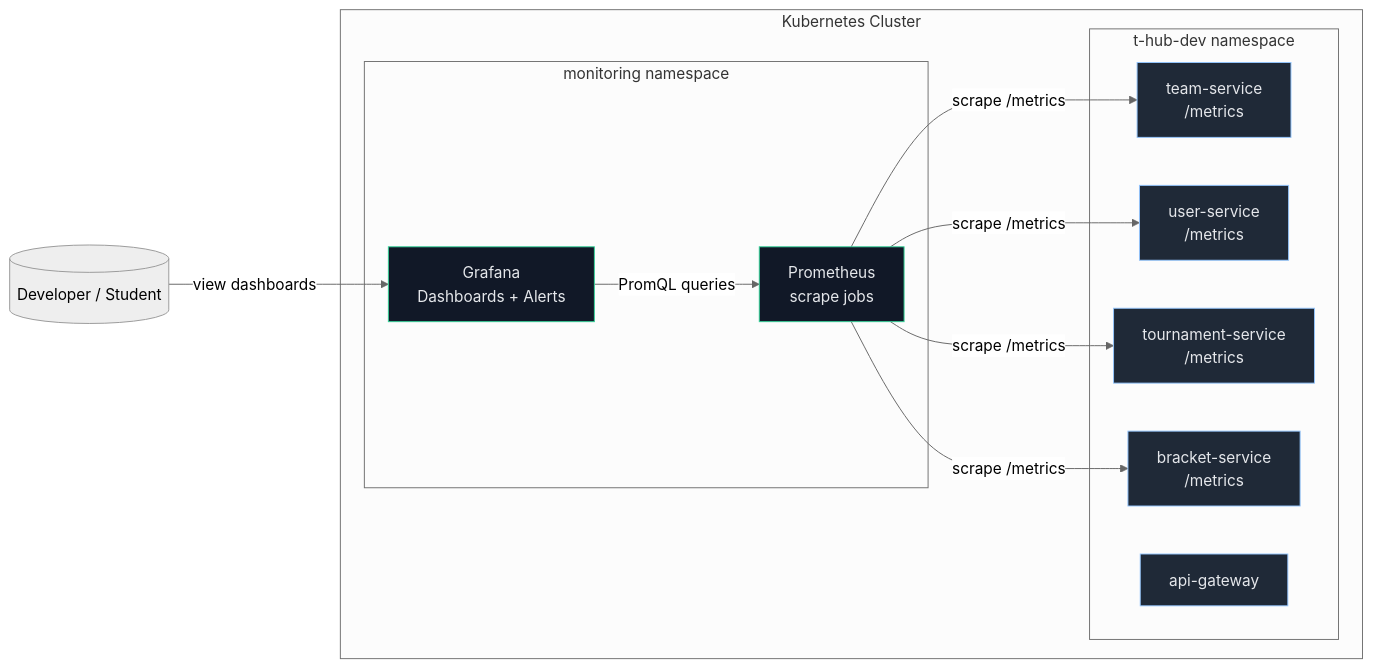
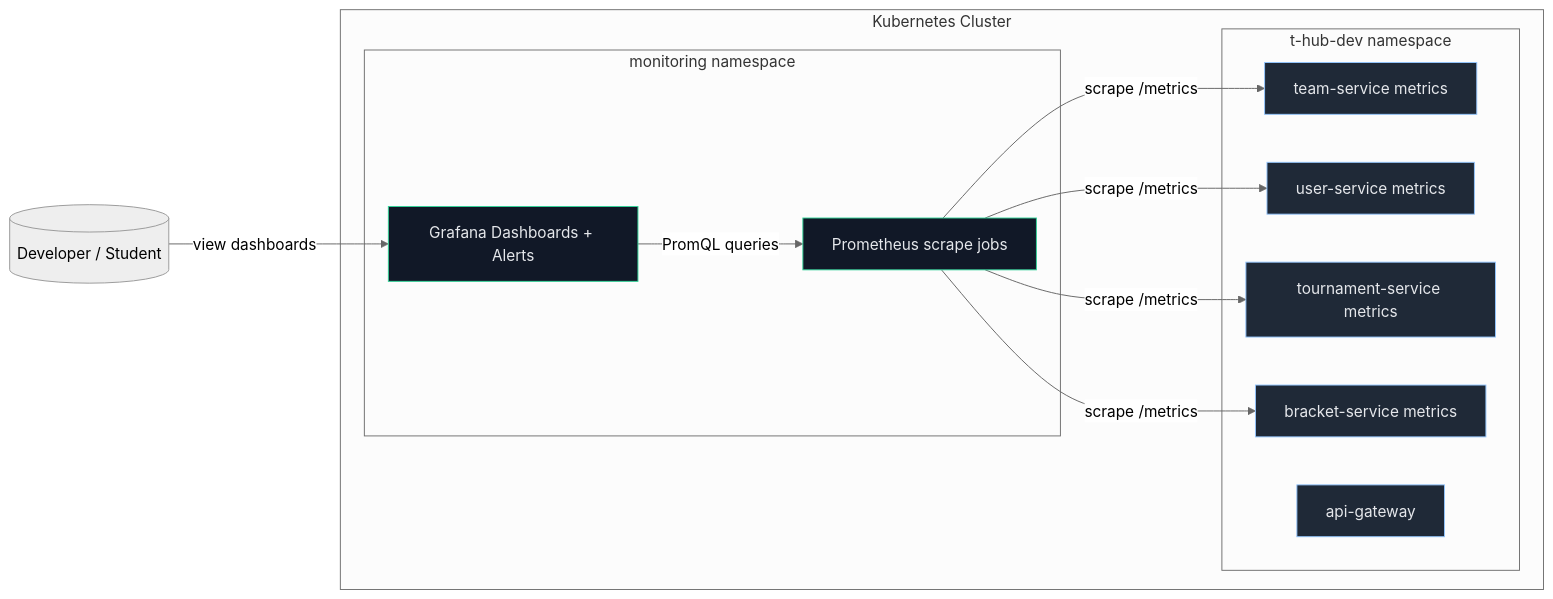
Before and after one commit to Dispatch7478/m7011e-project: the first of 2 diagrams in report/monitoring.md, drawn with Mermaid (neutral theme). The commit also changed other lines of this file, not shown here.

Commit message:
added some text and fixed the graph

````diff
--- a/report/monitoring.md
+++ b/report/monitoring.md
@@ -5,28 +5,28 @@
 ```mermaid
 flowchart LR
   subgraph K8s[Kubernetes Cluster]
     subgraph NSAPP[t-hub-dev namespace]
-      S1[team-service\n/metrics]:::svc
-      S2[user-service\n/metrics]:::svc
-      S3[tournament-service\n/metrics]:::svc
-      S4[bracket-service\n/metrics]:::svc
+      S1[team-service metrics]:::svc
+      S2[user-service metrics]:::svc
+      S3[tournament-service metrics]:::svc
+      S4[bracket-service metrics]:::svc
       GW[api-gateway]:::svc
     end
 
     subgraph NSMON[monitoring namespace]
-      P[Prometheus\nscrape jobs]:::mon
-      G[Grafana\nDashboards + Alerts]:::mon
+      P[Prometheus scrape jobs]:::mon
+      G[Grafana Dashboards + Alerts]:::mon
     end
   end
 
   P -->|scrape /metrics| S1
   P -->|scrape /metrics| S2
   P -->|scrape /metrics| S3
   P -->|scrape /metrics| S4
 
   G -->|PromQL queries| P
   U[(Developer / Student)] -->|view dashboards| G
 
   classDef svc fill:#1f2937,stroke:#93c5fd,color:#e5e7eb
   classDef mon fill:#111827,stroke:#34d399,color:#e5e7eb
 ```
````
